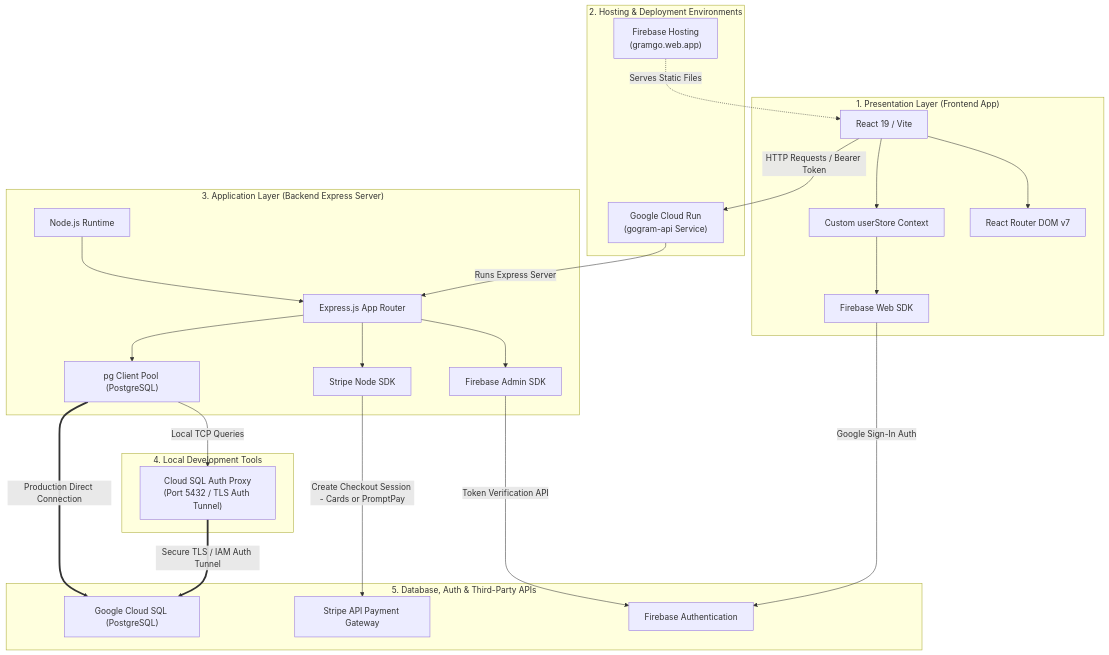
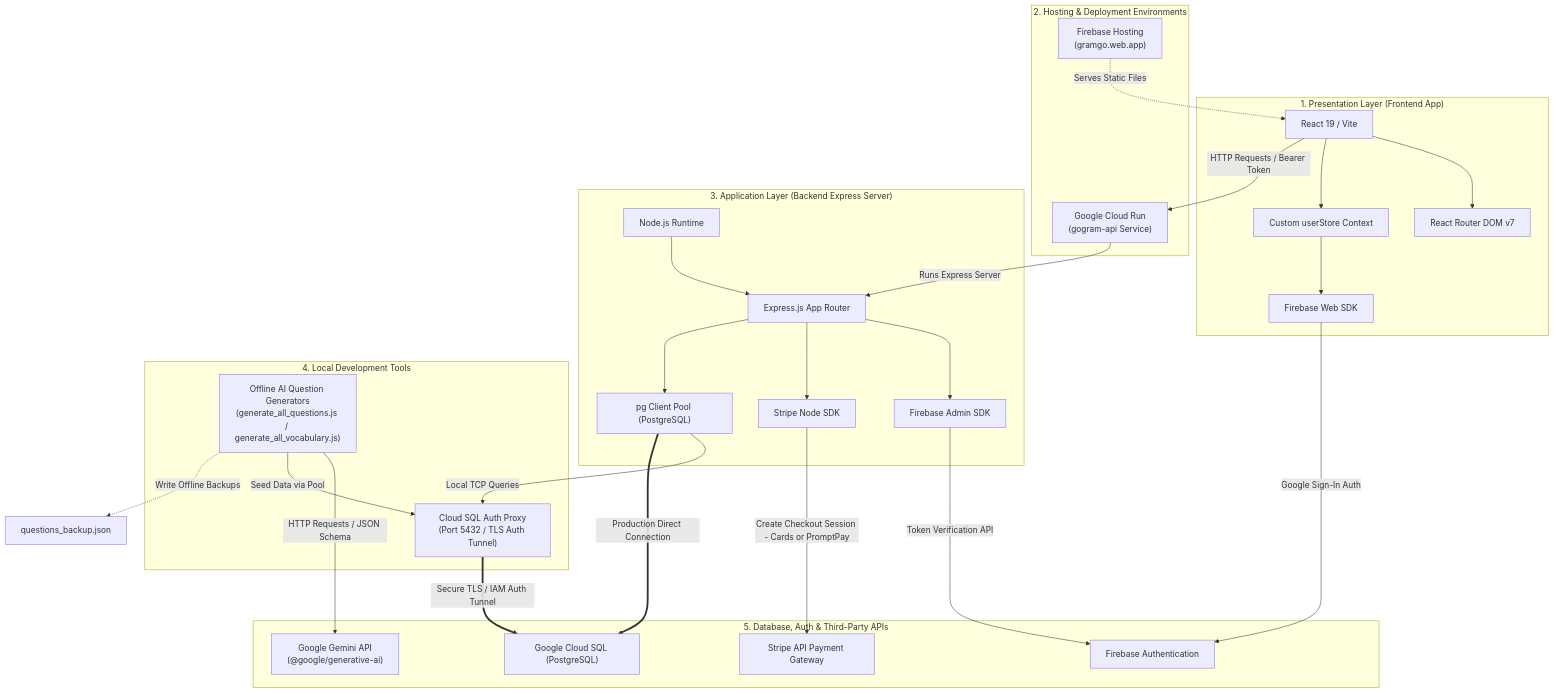
Before and after one commit to kanokpolkulsri/gogram: the first of 2 diagrams in README.md, drawn with Mermaid. The commit also changed 1 other file, not shown here.

Commit message:
deploy: 2026-07-15 22:58:32

````diff
--- a/README.md
+++ b/README.md
@@ -54,57 +54,63 @@
 ```mermaid
 flowchart TB
     %% Subgraphs for layers
     subgraph presentation_layer ["1. Presentation Layer (Frontend App)"]
         React["React 19 / Vite"]
         Router["React Router DOM v7"]
         FirebaseWebSDK["Firebase Web SDK"]
         UserStore["Custom userStore Context"]
         
         React --> Router
         React --> UserStore
         UserStore --> FirebaseWebSDK
     end
 
     subgraph hosting_infrastructure ["2. Hosting & Deployment Environments"]
         FirebaseHosting["Firebase Hosting<br>(gramgo.web.app)"]
         CloudRun["Google Cloud Run<br>(gogram-api Service)"]
     end
 
     subgraph application_layer ["3. Application Layer (Backend Express Server)"]
         NodeJS["Node.js Runtime"]
         Express["Express.js App Router"]
         FirebaseAdminSDK["Firebase Admin SDK"]
         StripeNodeSDK["Stripe Node SDK"]
         PgPool["pg Client Pool (PostgreSQL)"]
         
         NodeJS --> Express
         Express --> FirebaseAdminSDK
         Express --> StripeNodeSDK
         Express --> PgPool
     end
 
     subgraph local_tunnelling ["4. Local Development Tools"]
         SqlProxy["Cloud SQL Auth Proxy<br>(Port 5432 / TLS Auth Tunnel)"]
+        Generators["Offline AI Question Generators<br>(generate_all_questions.js / generate_all_vocabulary.js)"]
     end
 
     subgraph database_and_services ["5. Database, Auth & Third-Party APIs"]
         CloudSQL["Google Cloud SQL (PostgreSQL)"]
         FirebaseAuth["Firebase Authentication"]
         StripeAPI["Stripe API Payment Gateway"]
+        GeminiAPI["Google Gemini API<br>(@google/generative-ai)"]
     end
 
     %% Connections
     FirebaseHosting -.->|Serves Static Files| React
     
     React -->|HTTP Requests / Bearer Token| CloudRun
     CloudRun -->|Runs Express Server| Express
     
     FirebaseWebSDK -->|Google Sign-In Auth| FirebaseAuth
     FirebaseAdminSDK -->|Token Verification API| FirebaseAuth
     
     StripeNodeSDK -->|Create Checkout Session - Cards or PromptPay| StripeAPI
     
     PgPool -->|Local TCP Queries| SqlProxy
     SqlProxy ==>|Secure TLS / IAM Auth Tunnel| CloudSQL
     PgPool ==>|Production Direct Connection| CloudSQL
+
+    Generators -->|HTTP Requests / JSON Schema| GeminiAPI
+    Generators -->|Seed Data via Pool| SqlProxy
+    Generators -.->|Write Offline Backups| BackupFiles["questions_backup.json"]
 ```
````
